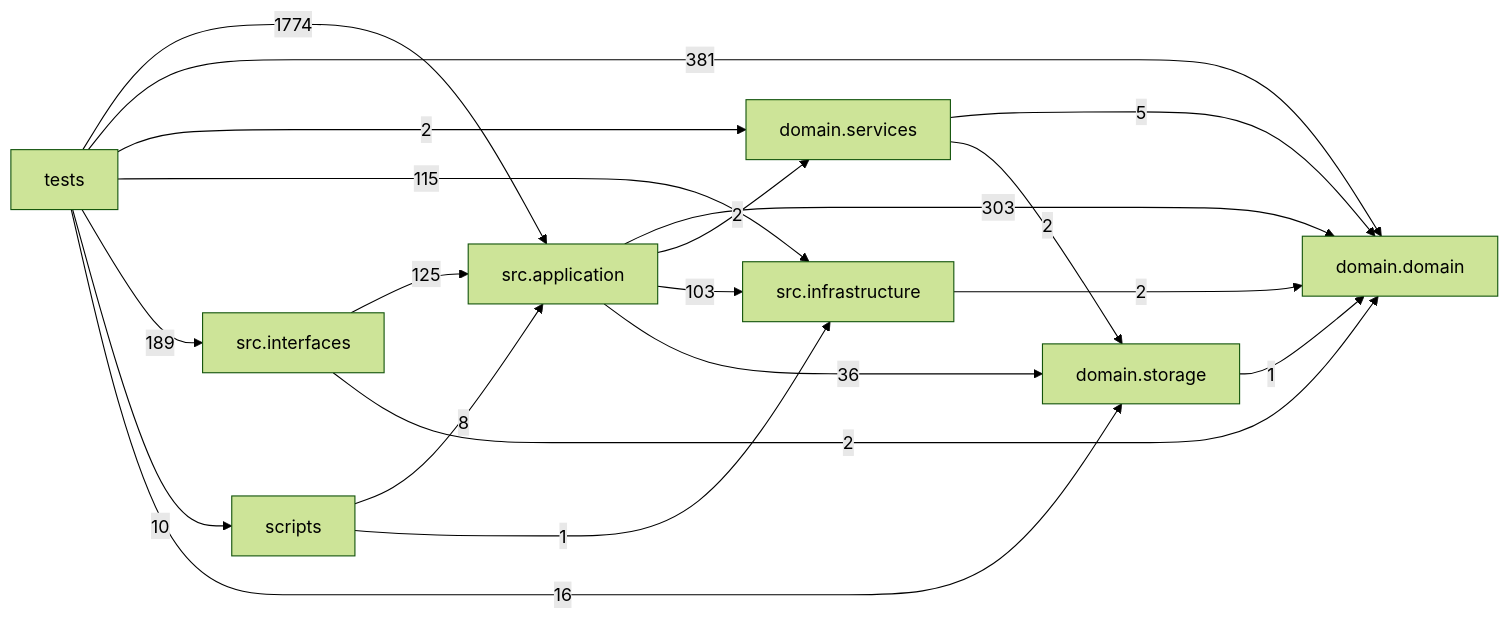
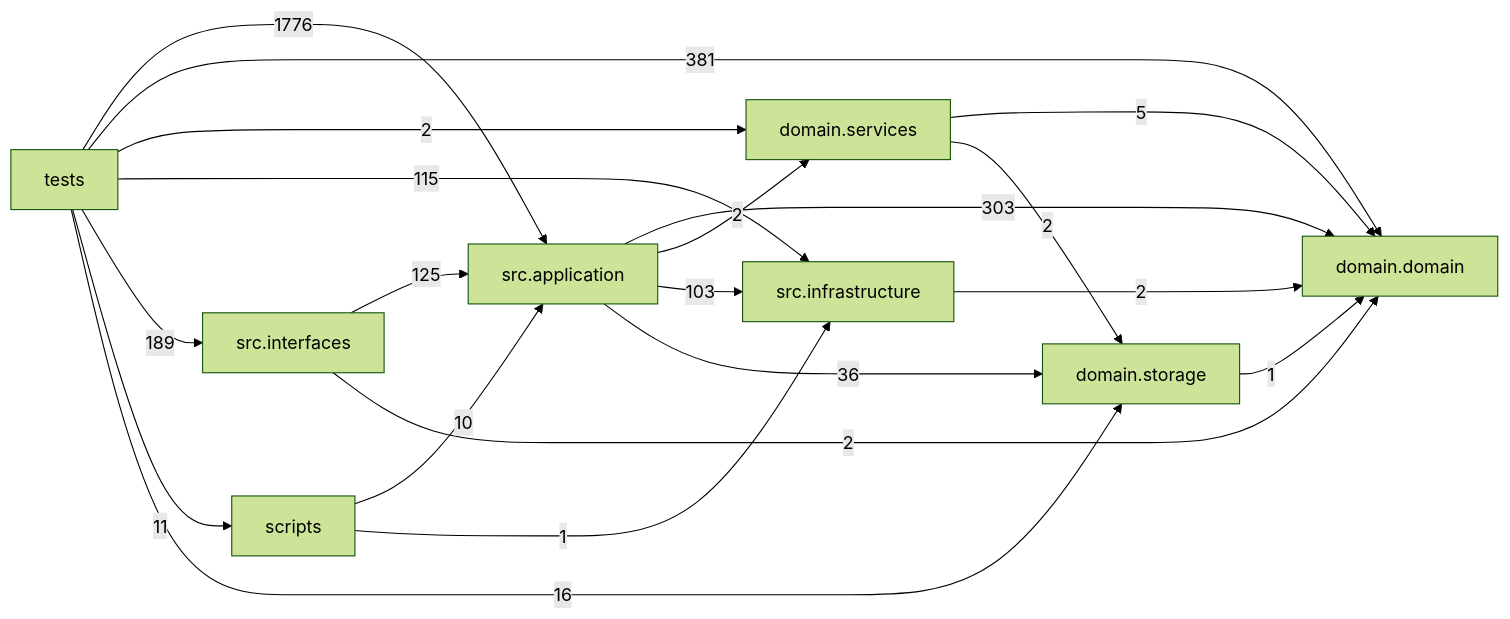
Before and after one commit to liuxie066/options-monitor: the diagram in docs/DEPENDENCY_GRAPH.md, drawn with Mermaid (forest theme). The commit also changed other lines of this file and 16 other files, not shown here.

````diff
--- a/docs/DEPENDENCY_GRAPH.md
+++ b/docs/DEPENDENCY_GRAPH.md
@@ -24,30 +24,30 @@
 ```mermaid
 flowchart LR
   tests["tests"]
   scripts["scripts"]
   interfaces["src.interfaces"]
   application["src.application"]
   infrastructure["src.infrastructure"]
   domain_services["domain.services"]
   domain["domain.domain"]
   storage["domain.storage"]
   application -->|303| domain
   application -->|2| domain_services
   application -->|103| infrastructure
   application -->|36| storage
   domain_services -->|5| domain
   domain_services -->|2| storage
   infrastructure -->|2| domain
   interfaces -->|125| application
   interfaces -->|2| domain
-  scripts -->|8| application
+  scripts -->|10| application
   scripts -->|1| infrastructure
   storage -->|1| domain
-  tests -->|1774| application
+  tests -->|1776| application
   tests -->|381| domain
   tests -->|2| domain_services
   tests -->|115| infrastructure
   tests -->|189| interfaces
-  tests -->|10| scripts
+  tests -->|11| scripts
   tests -->|16| storage
 ```
````
